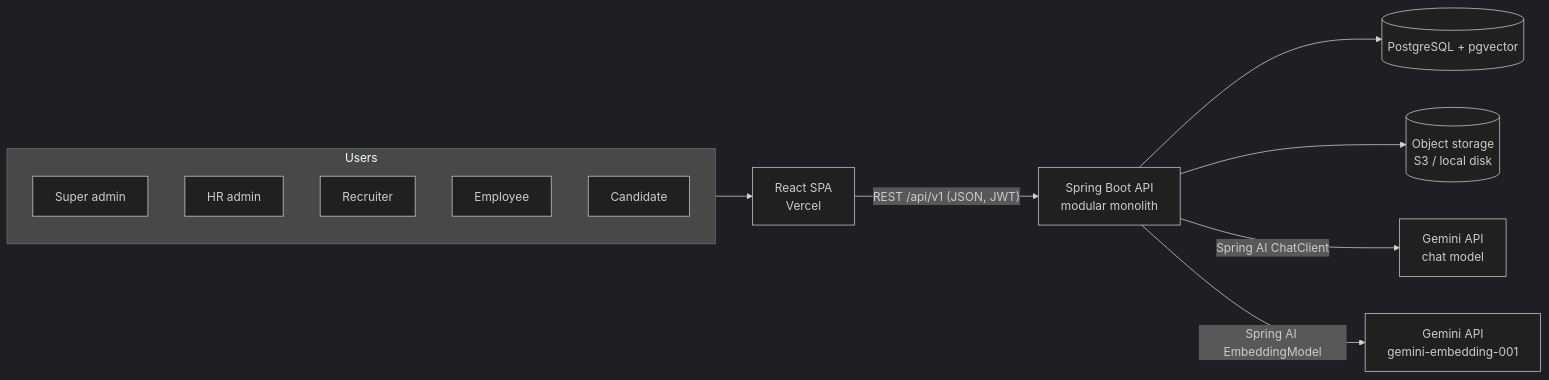
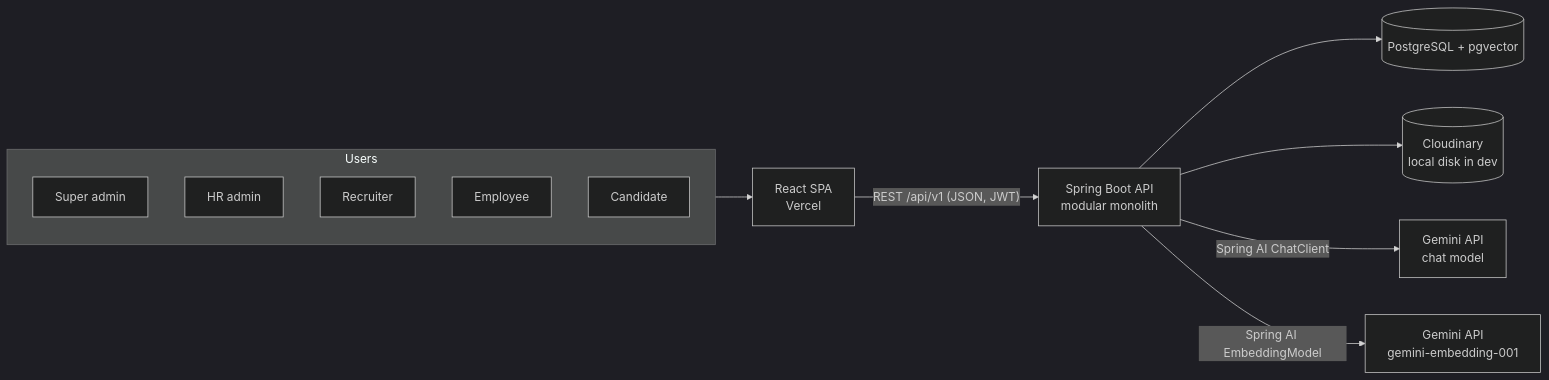
One commit to KanhaiyaPandey/HireFlow-AI changed the first of 5 diagrams in docs/architecture.md. Above: the diagram before and after it, drawn with Mermaid (dark theme). The commit also changed other lines of this file and 90 other files, not shown here.

````diff
--- a/docs/architecture.md
+++ b/docs/architecture.md
@@ -49,24 +49,24 @@
 ```mermaid
 flowchart LR
     subgraph Users
         SA[Super admin]
         HR[HR admin]
         RC[Recruiter]
         EM[Employee]
         CA[Candidate]
     end
 
     FE[React SPA<br/>Vercel]
     BE[Spring Boot API<br/>modular monolith]
     DB[(PostgreSQL + pgvector)]
-    FS[(Object storage<br/>S3 / local disk)]
+    FS[(Cloudinary<br/>local disk in dev)]
     LLM[Gemini API<br/>chat model]
     EMB[Gemini API<br/>gemini-embedding-001]
 
     Users --> FE
     FE -- "REST /api/v1 (JSON, JWT)" --> BE
     BE --> DB
     BE --> FS
     BE -- "Spring AI ChatClient" --> LLM
     BE -- "Spring AI EmbeddingModel" --> EMB
 ```
````
